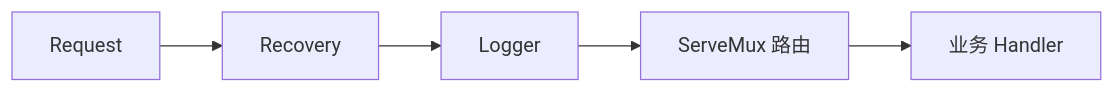
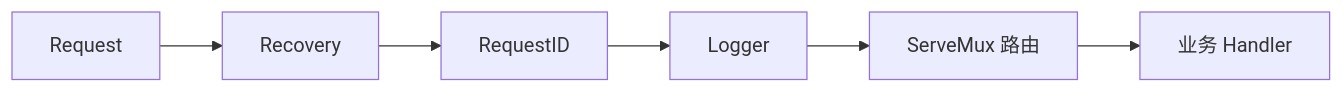
Before and after one commit to moqix26/study: the second of 2 diagrams in 后端学习/Go/05-Go标准库与HTTP基础.md, drawn with Mermaid. The commit also changed other lines of this file and 46 other files, not shown here.

````diff
--- a/后端学习/Go/05-Go标准库与HTTP基础.md
+++ b/后端学习/Go/05-Go标准库与HTTP基础.md
@@ -418,7 +990,8 @@
 ```mermaid
 flowchart LR
     REQ[Request] --> R[Recovery]
-    R --> L[Logger]
+    R --> RID[RequestID]
+    RID --> L[Logger]
     L --> M[ServeMux 路由]
     M --> H[业务 Handler]
 ```
````
